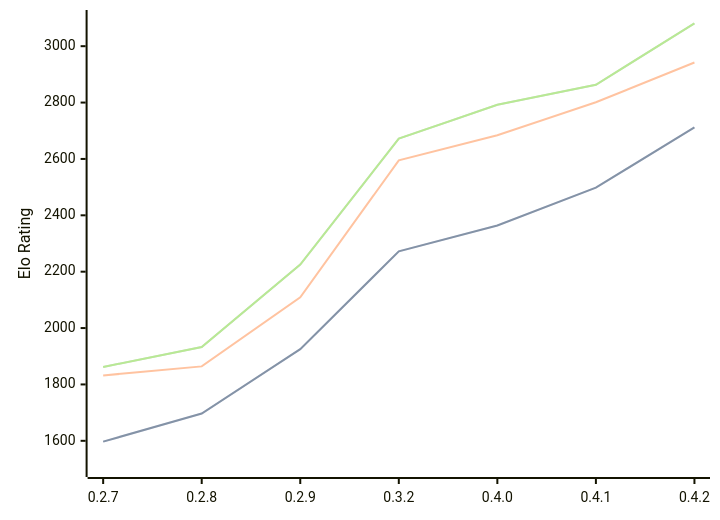
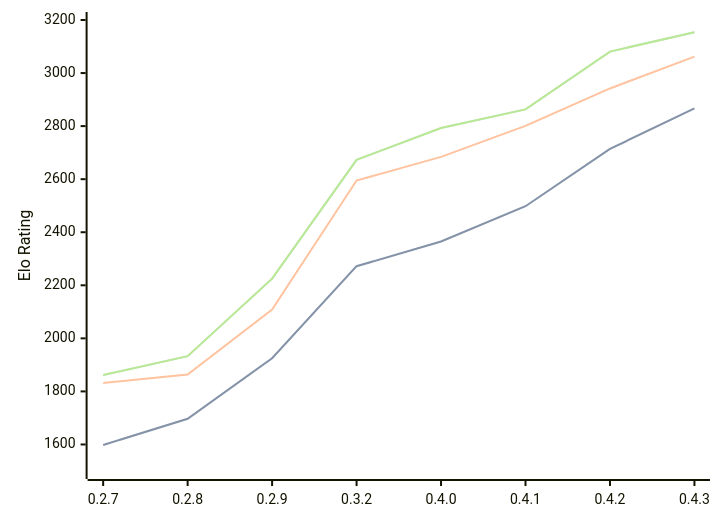
Before and after one commit to computer-chess-index/cci: the diagram in engines/Dual.md, drawn with Mermaid. The commit also changed other lines of this file, not shown here.

Commit message:
Update CCI Ratings (ELO VLTC) - 2026-09-06

````diff
--- a/engines/Dual.md
+++ b/engines/Dual.md
@@ -40,11 +40,11 @@
 ```mermaid
 %%{init: {"theme":"base","themeVariables":{"seriesColors:['#a3a3a3','#222221','#faa371']}}}%%
 xychart-beta
-  x-axis ["0.2.7", "0.2.8", "0.2.9", "0.3.2", "0.4.0", "0.4.1", "0.4.2"]
-  y-axis "Elo Rating" 1500 --> 3100
-  line "" [1597, 1697, 1925, 2272, 2364, 2498, 2712]
-  line "STC (8.0+0.08s)" [1597, 1697, 1925, 2272, 2364, 2498, 2712]
-  line "LTC (60.0+0.60s)" [1832, 1864, 2109, 2595, 2684, 2801, 2942]
-  line "" [1862, 1933, 2225, 2672, 2792, 2863, 3081]
-  line "VLTC (2m24s+1.12s)" [1862, 1933, 2225, 2672, 2792, 2863, 3081]
+  x-axis ["0.2.7", "0.2.8", "0.2.9", "0.3.2", "0.4.0", "0.4.1", "0.4.2", "0.4.3"]
+  y-axis "Elo Rating" 1500 --> 3200
+  line "" [1598, 1697, 1925, 2272, 2365, 2498, 2714, 2867]
+  line "STC (8.0+0.08s)" [1598, 1697, 1925, 2272, 2365, 2498, 2714, 2867]
+  line "LTC (60.0+0.60s)" [1832, 1864, 2109, 2595, 2684, 2801, 2942, 3062]
+  line "" [1862, 1933, 2225, 2673, 2793, 2863, 3081, 3154]
+  line "VLTC (2m24s+1.12s)" [1862, 1933, 2225, 2673, 2793, 2863, 3081, 3154]
 ```
````
